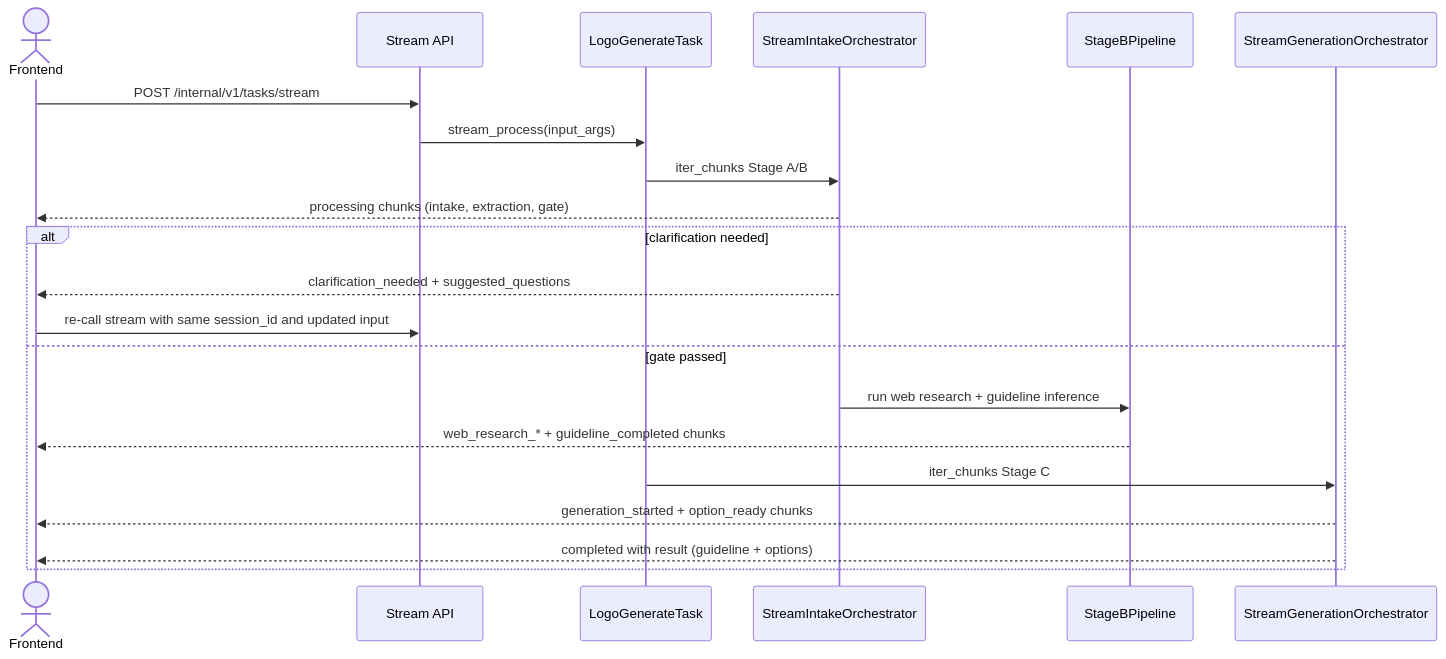
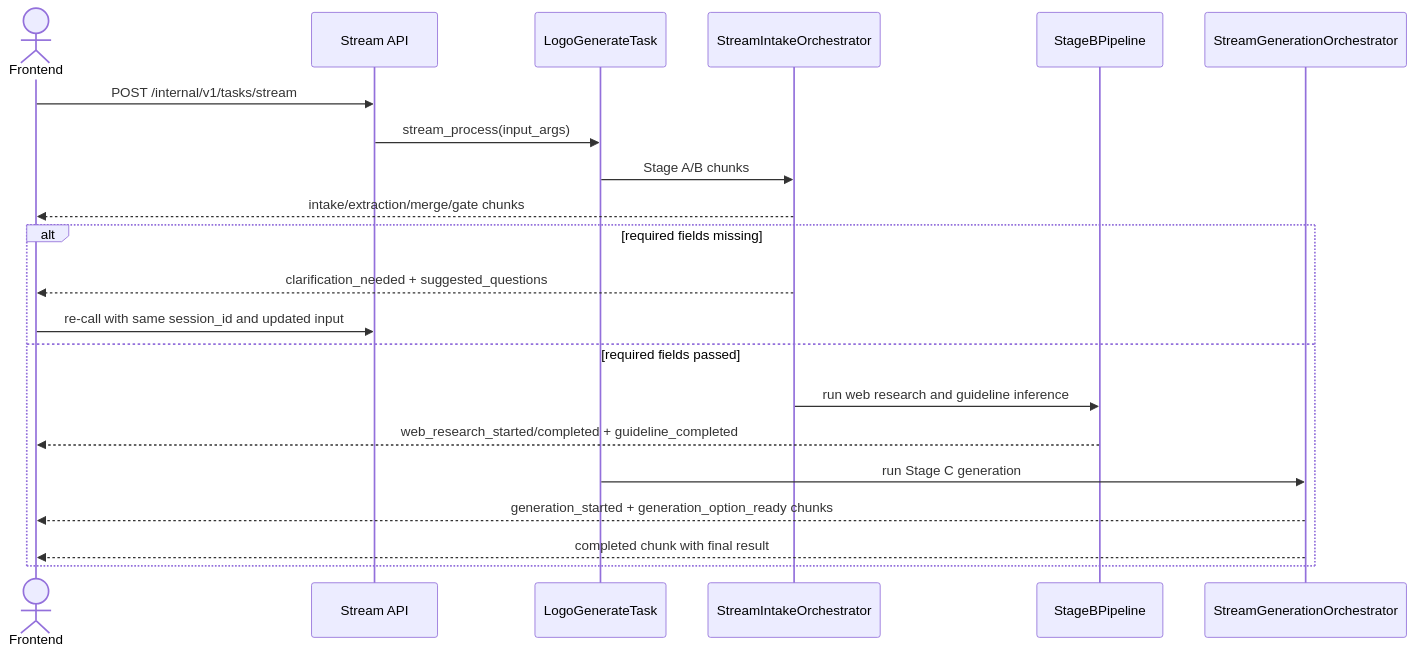
One commit to Ne4nf/Agent-Memory changed the third of 3 diagrams in architecture.md. Above: the diagram before and after it, drawn with Mermaid. The commit also changed other lines of this file, not shown here.

Commit message:
Update architecture document for logo generation POC

````diff
--- a/architecture.md
+++ b/architecture.md
@@ -217,25 +218,25 @@
 ```mermaid
 sequenceDiagram
   actor FE as Frontend
   participant ST as Stream API
   participant T as LogoGenerateTask
   participant A as StreamIntakeOrchestrator
   participant B as StageBPipeline
   participant C as StreamGenerationOrchestrator
 
   FE->>ST: POST /internal/v1/tasks/stream
   ST->>T: stream_process(input_args)
-  T->>A: iter_chunks Stage A/B
-  A-->>FE: processing chunks (intake, extraction, gate)
+  T->>A: Stage A/B chunks
+  A-->>FE: intake/extraction/merge/gate chunks
 
-  alt clarification needed
+  alt required fields missing
     A-->>FE: clarification_needed + suggested_questions
-    FE->>ST: re-call stream with same session_id and updated input
-  else gate passed
-    A->>B: run web research + guideline inference
-    B-->>FE: web_research_* + guideline_completed chunks
-    T->>C: iter_chunks Stage C
-    C-->>FE: generation_started + option_ready chunks
-    C-->>FE: completed with result (guideline + options)
+    FE->>ST: re-call with same session_id and updated input
+  else required fields passed
+    A->>B: run web research and guideline inference
+    B-->>FE: web_research_started/completed + guideline_completed
+    T->>C: run Stage C generation
+    C-->>FE: generation_started + generation_option_ready chunks
+    C-->>FE: completed chunk with final result
   end
 ```
````
